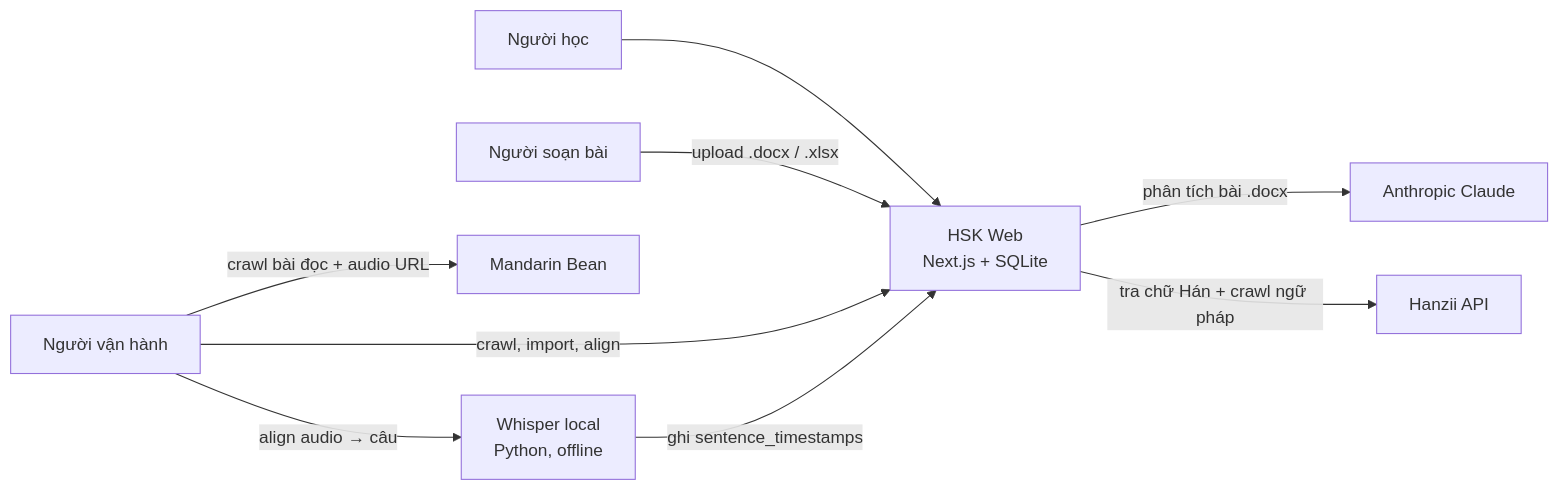
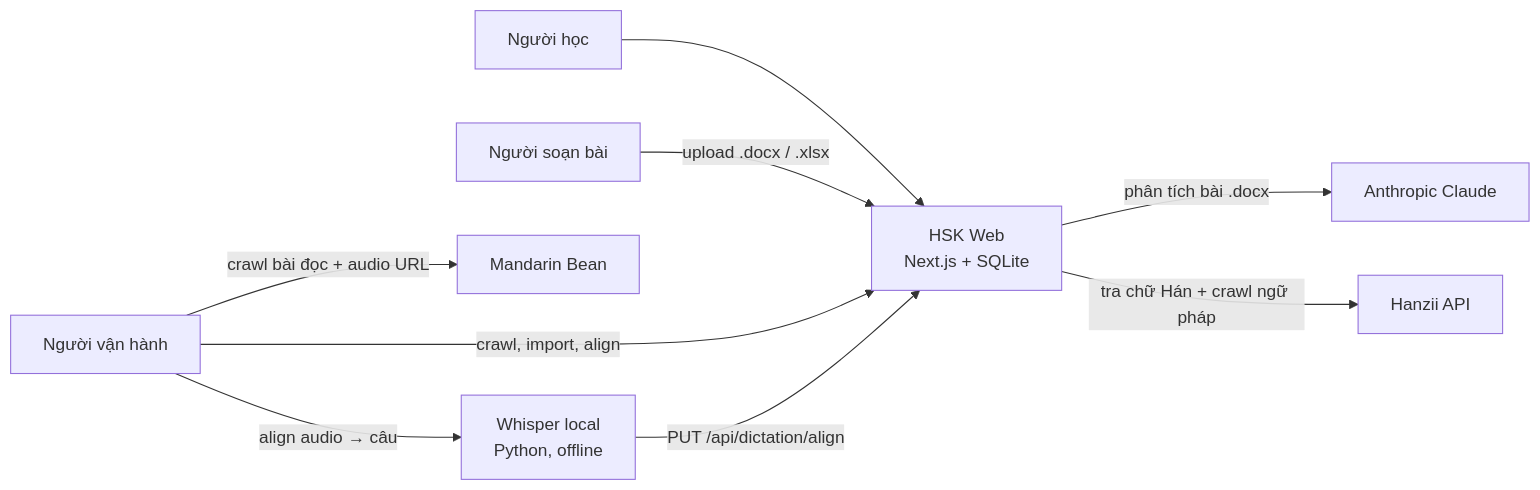
Before and after one commit to phuonglai99/language: the first of 9 diagrams in docs/ARCHITECTURE.md, drawn with Mermaid. The commit also changed other lines of this file and 12 other files, not shown here.

````diff
--- a/docs/ARCHITECTURE.md
+++ b/docs/ARCHITECTURE.md
@@ -11,20 +11,20 @@
 ```mermaid
 flowchart LR
   learner["Người học"]
   teacher["Người soạn bài"]
   ops["Người vận hành"]
   app["HSK Web\nNext.js + SQLite"]
   claude["Anthropic Claude"]
   hanzii["Hanzii API"]
   mb["Mandarin Bean"]
   whisper["Whisper local\nPython, offline"]
 
   learner --> app
   teacher -->|"upload .docx / .xlsx"| app
   ops -->|"crawl, import, align"| app
   app -->|"phân tích bài .docx"| claude
   app -->|"tra chữ Hán + crawl ngữ pháp"| hanzii
   ops -->|"crawl bài đọc + audio URL"| mb
   ops -->|"align audio → câu"| whisper
-  whisper -->|"ghi sentence_timestamps"| app
+  whisper -->|"PUT /api/dictation/align"| app
 ```
````
